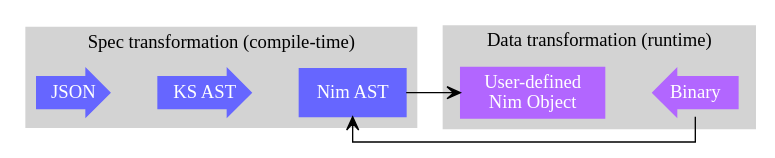
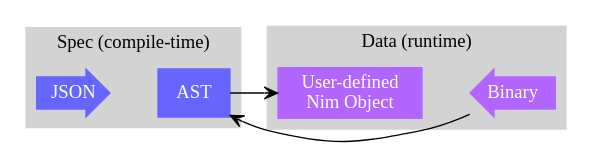
The diagram in flow.dot (sealmove/nimitai), drawn with Graphviz before and after one commit. The commit also changed 1 other file, not shown here.

Commit message:
simplified flow graph

```diff
--- a/flow.dot
+++ b/flow.dot
@@ -1,38 +1,34 @@
 digraph G {
   rankdir="LR"
-  splines=ortho;
   node [shape=box];
 
   json  [label="JSON" fontcolor=white color="#6666ff" fillcolor="#6666ff"
          style=filled shape=rarrow]
-  ksast [label="KS AST" fontcolor=white color="#6666ff" fillcolor="#6666ff"
-         style=filled shape=rarrow]
-  nast  [label="Nim AST" fontcolor=white color="#6666ff" fillcolor="#6666ff"
+  ast   [label="AST" fontcolor=white color="#6666ff" fillcolor="#6666ff"
          style=filled]
   obj   [label="User-defined\nNim Object" fontcolor=white color="#b266ff"
          fillcolor="#b266ff" style=filled]
   bin   [label="Binary" fontcolor=white color="#b266ff" fillcolor="#b266ff"
          style=filled shape=larrow]
 
-  json  -> ksast [style=invis];
-  ksast -> nast  [style=invis];
-  nast  -> obj   [arrowhead=vee];
-  obj   -> bin   [style=invis];
-  bin   -> nast  [arrowhead=vee constraint=false];
+  json -> ast  [style=invis];
+  ast  -> obj  [arrowhead=vee];
+  obj  -> bin  [style=invis];
+  bin  -> ast [arrowhead=vee constraint=false];
 
   subgraph cluster_ct {
-    json ksast nast;
+    json ast;
 
-    label="Spec transformation (compile-time)";
+    label="Spec (compile-time)";
     style=filled;
     color=lightgrey;
   }
 
   subgraph cluster_rt {
     obj bin;
 
-    label="Data transformation (runtime)";
+    label="Data (runtime)";
     style=filled;
     color=lightgrey;
   }
 }
```
